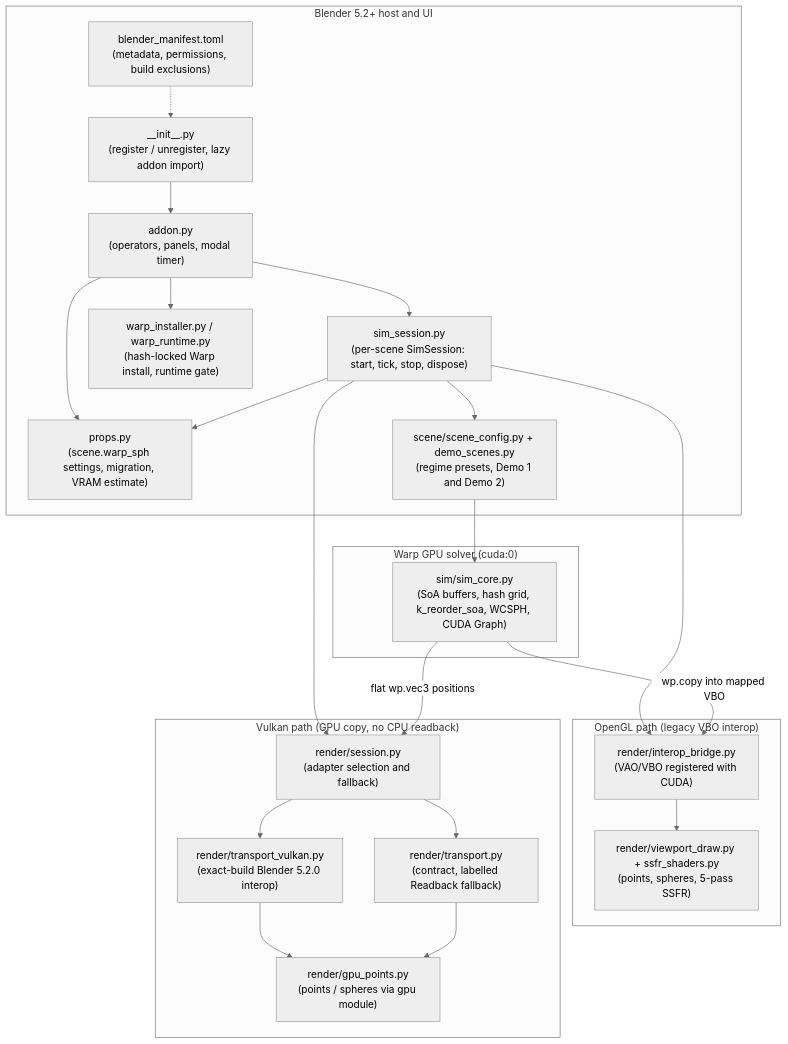
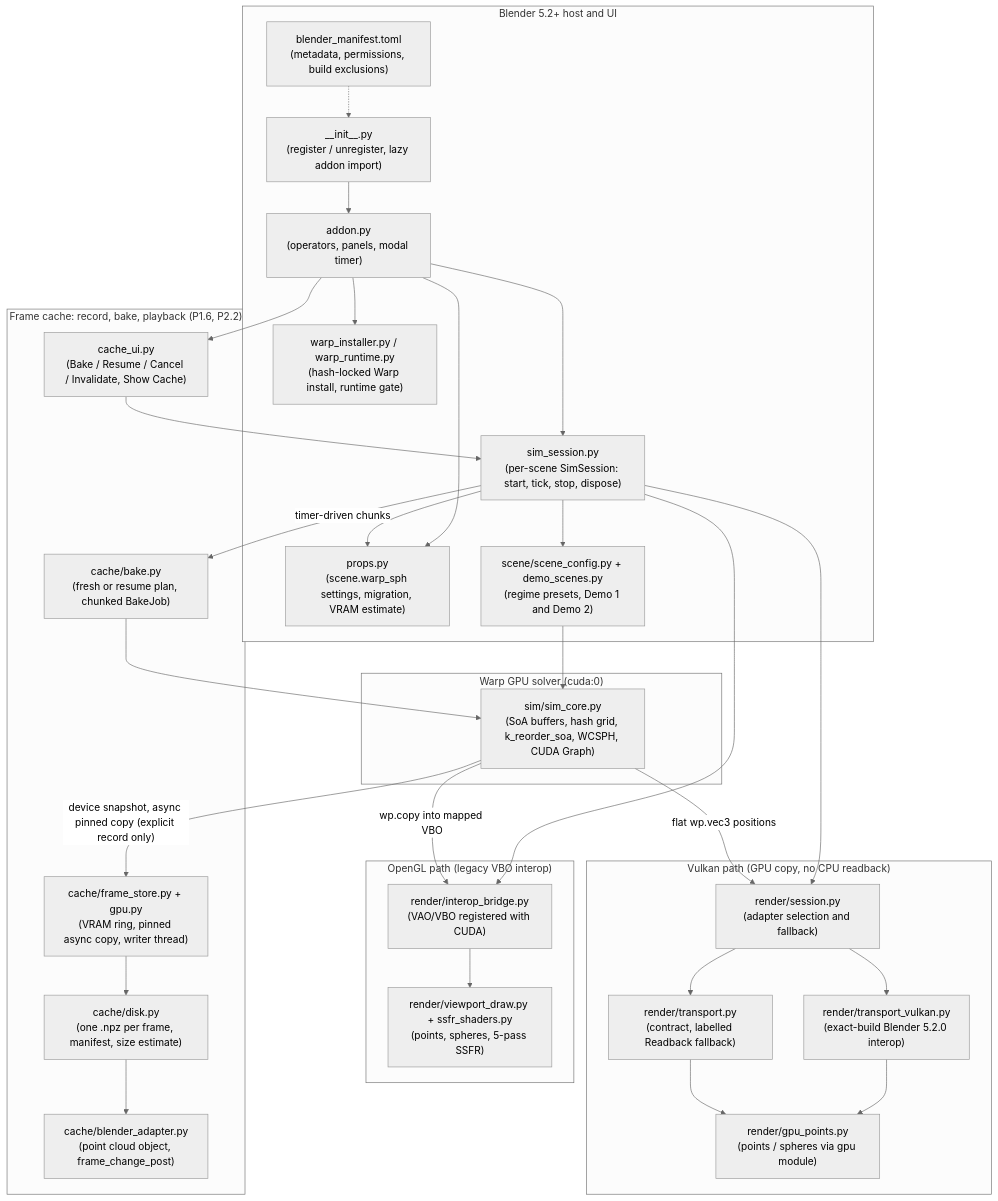
Before and after one commit to trdillman/warp_sph_realtime: the diagram in docs/ARCHITECTURE.md, drawn with Mermaid (neutral theme). The commit also changed other lines of this file and 23 other files, not shown here.

First line of the commit message:
Record, bake and playback cache (P1.6, P2.2) (#12)

````diff
--- a/docs/ARCHITECTURE.md
+++ b/docs/ARCHITECTURE.md
@@ -11,46 +11,61 @@
 ```mermaid
 graph TD
     subgraph Host ["Blender 5.2+ host and UI"]
         Manifest["blender_manifest.toml<br/>(metadata, permissions, build exclusions)"]
         Init["__init__.py<br/>(register / unregister, lazy addon import)"]
         Addon["addon.py<br/>(operators, panels, modal timer)"]
         SimSession["sim_session.py<br/>(per-scene SimSession: start, tick, stop, dispose)"]
         Props["props.py<br/>(scene.warp_sph settings, migration, VRAM estimate)"]
         Installer["warp_installer.py / warp_runtime.py<br/>(hash-locked Warp install, runtime gate)"]
         SceneCfg["scene/scene_config.py + demo_scenes.py<br/>(regime presets, Demo 1 and Demo 2)"]
     end
 
     subgraph Solver ["Warp GPU solver (cuda:0)"]
         SimCore["sim/sim_core.py<br/>(SoA buffers, hash grid, k_reorder_soa, WCSPH, CUDA Graph)"]
     end
 
     subgraph GL ["OpenGL path (legacy VBO interop)"]
         Interop["render/interop_bridge.py<br/>(VAO/VBO registered with CUDA)"]
         ViewDraw["render/viewport_draw.py + ssfr_shaders.py<br/>(points, spheres, 5-pass SSFR)"]
     end
 
     subgraph VK ["Vulkan path (GPU copy, no CPU readback)"]
         Session["render/session.py<br/>(adapter selection and fallback)"]
         Transport["render/transport.py<br/>(contract, labelled Readback fallback)"]
         VkTransport["render/transport_vulkan.py<br/>(exact-build Blender 5.2.0 interop)"]
         GpuPoints["render/gpu_points.py<br/>(points / spheres via gpu module)"]
     end
 
+    subgraph Cache ["Frame cache: record, bake, playback (P1.6, P2.2)"]
+        CacheUI["cache_ui.py<br/>(Bake / Resume / Cancel / Invalidate, Show Cache)"]
+        BakeJob["cache/bake.py<br/>(fresh or resume plan, chunked BakeJob)"]
+        Store["cache/frame_store.py + gpu.py<br/>(VRAM ring, pinned async copy, writer thread)"]
+        Disk["cache/disk.py<br/>(one .npz per frame, manifest, size estimate)"]
+        Playback["cache/blender_adapter.py<br/>(point cloud object, frame_change_post)"]
+    end
+
     Manifest -.-> Init
     Init --> Addon
     Addon --> Installer
     Addon --> SimSession
     Addon --> Props
     SimSession --> Props
     SimSession --> SceneCfg
     SimSession --> Session
     SimSession --> Interop
     SceneCfg --> SimCore
     SimCore -->|"wp.copy into mapped VBO"| Interop
     Interop --> ViewDraw
     SimCore -->|"flat wp.vec3 positions"| Session
+    Addon --> CacheUI
+    CacheUI --> SimSession
+    SimSession -->|"timer-driven chunks"| BakeJob
+    BakeJob --> SimCore
+    SimCore -->|"device snapshot, async pinned copy (explicit record only)"| Store
+    Store --> Disk
+    Disk --> Playback
     Session --> VkTransport
     Session --> Transport
     VkTransport --> GpuPoints
     Transport --> GpuPoints
 ```
````
